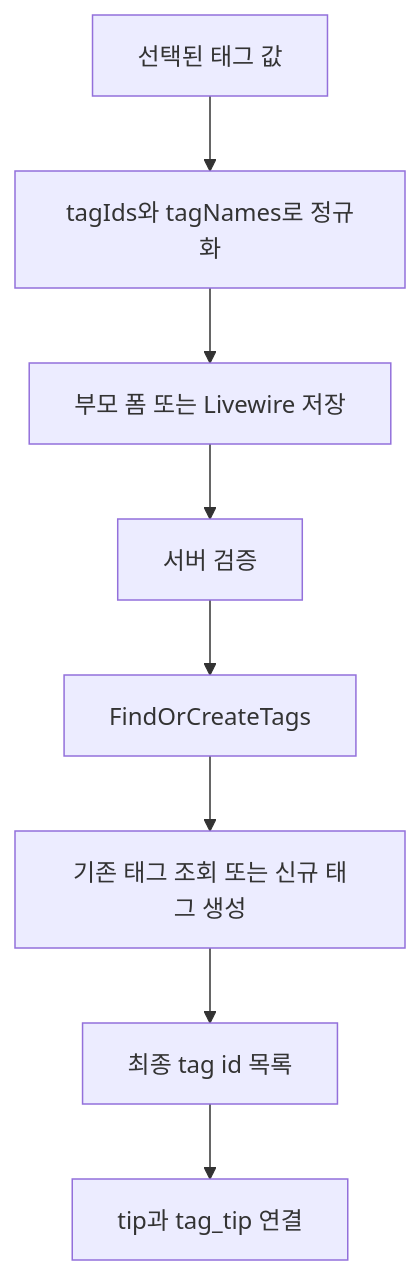
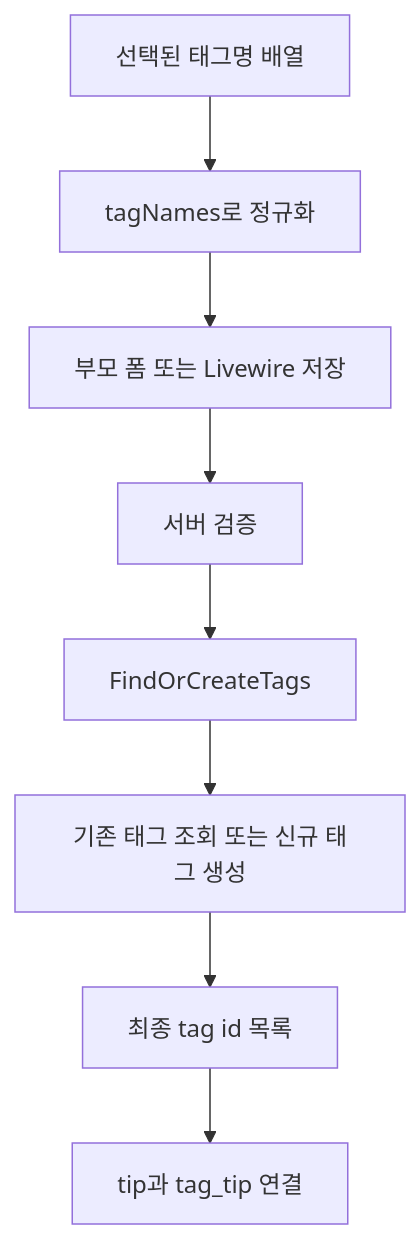
Before and after one commit to superphs333/tipmarket: the second of 2 diagrams in docs/templates/tag-selector.md, drawn with Mermaid. The commit also changed other lines of this file and 6 other files, not shown here.

````diff
--- a/docs/templates/tag-selector.md
+++ b/docs/templates/tag-selector.md
@@ -117,10 +99,10 @@
 ```mermaid
 flowchart TD
-    A["선택된 태그 값"] --> B["tagIds와 tagNames로 정규화"]
+    A["선택된 태그명 배열"] --> B["tagNames로 정규화"]
     B --> C["부모 폼 또는 Livewire 저장"]
     C --> D["서버 검증"]
     D --> E["FindOrCreateTags"]
     E --> F["기존 태그 조회 또는 신규 태그 생성"]
     F --> G["최종 tag id 목록"]
     G --> H["tip과 tag_tip 연결"]
 ```
````
